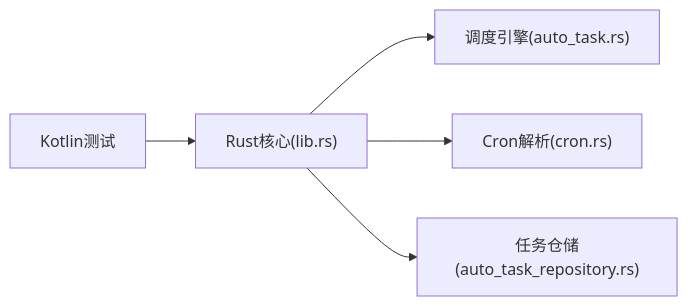
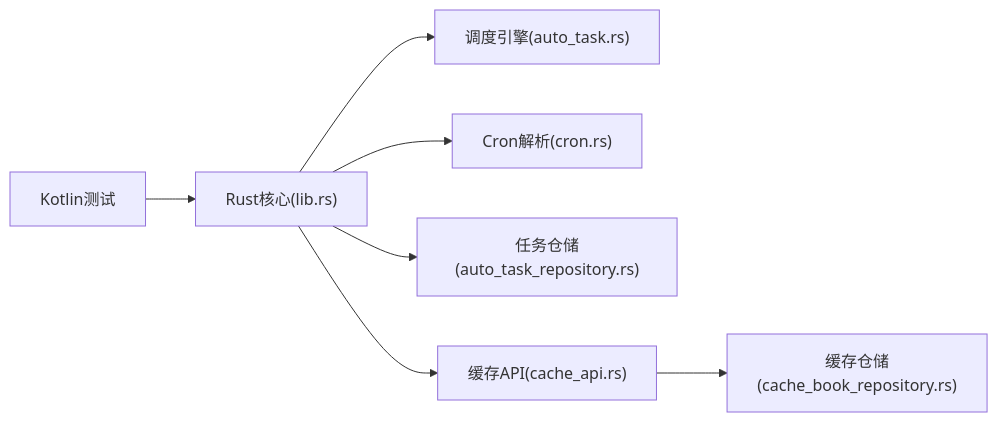
Before and after one commit to ZhangGHGitHub/LegadoTeamFlutter: the seventh of 7 diagrams in .qoder/repowiki/zh/content/同步服务/自动任务调度.md, drawn with Mermaid. The commit also changed other lines of this file and 173 other files, not shown here.

````diff
--- a/.qoder/repowiki/zh/content/同步服务/自动任务调度.md
+++ b/.qoder/repowiki/zh/content/同步服务/自动任务调度.md
@@ -260,7 +331,9 @@
 ```mermaid
 graph LR
 Test["Kotlin测试"] --> Core["Rust核心(lib.rs)"]
 Core --> Engine["调度引擎(auto_task.rs)"]
 Core --> Cron["Cron解析(cron.rs)"]
 Core --> Repo["任务仓储(auto_task_repository.rs)"]
+Core --> CacheAPI["缓存API(cache_api.rs)"]
+CacheAPI --> CacheRepo["缓存仓储(cache_book_repository.rs)"]
 ```
````
